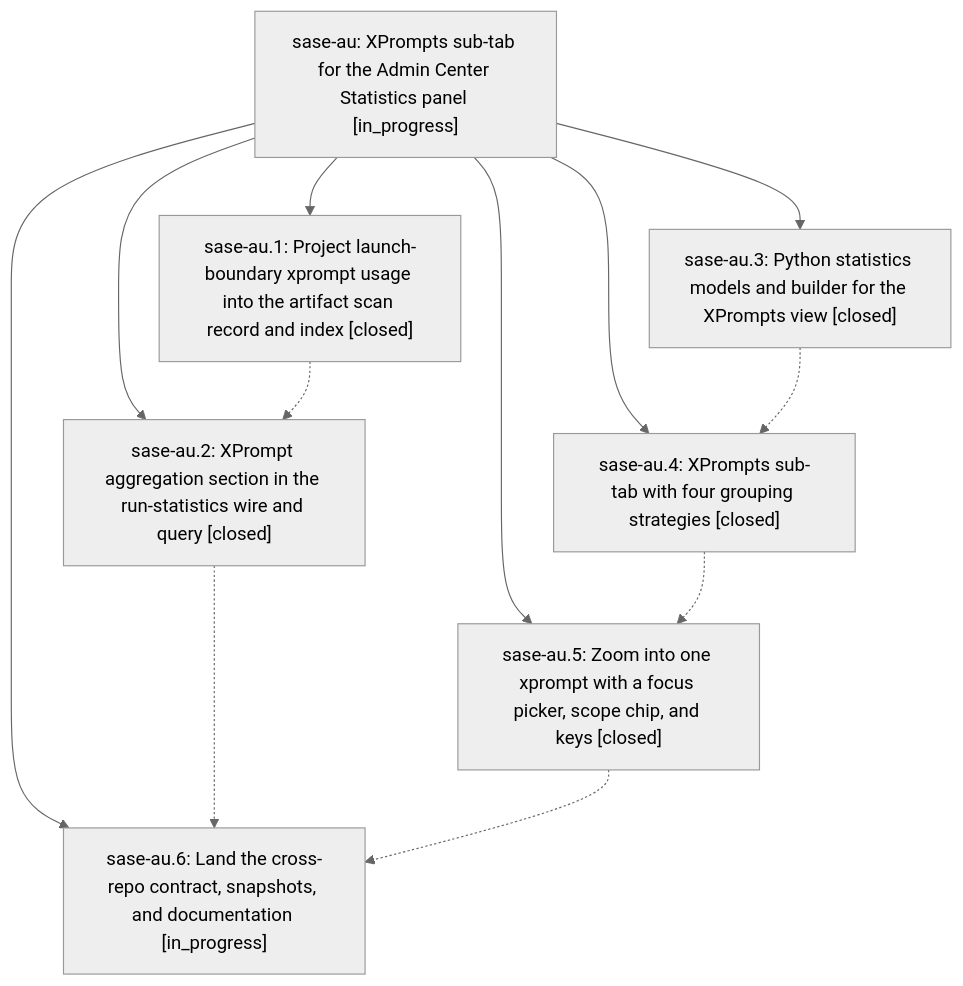
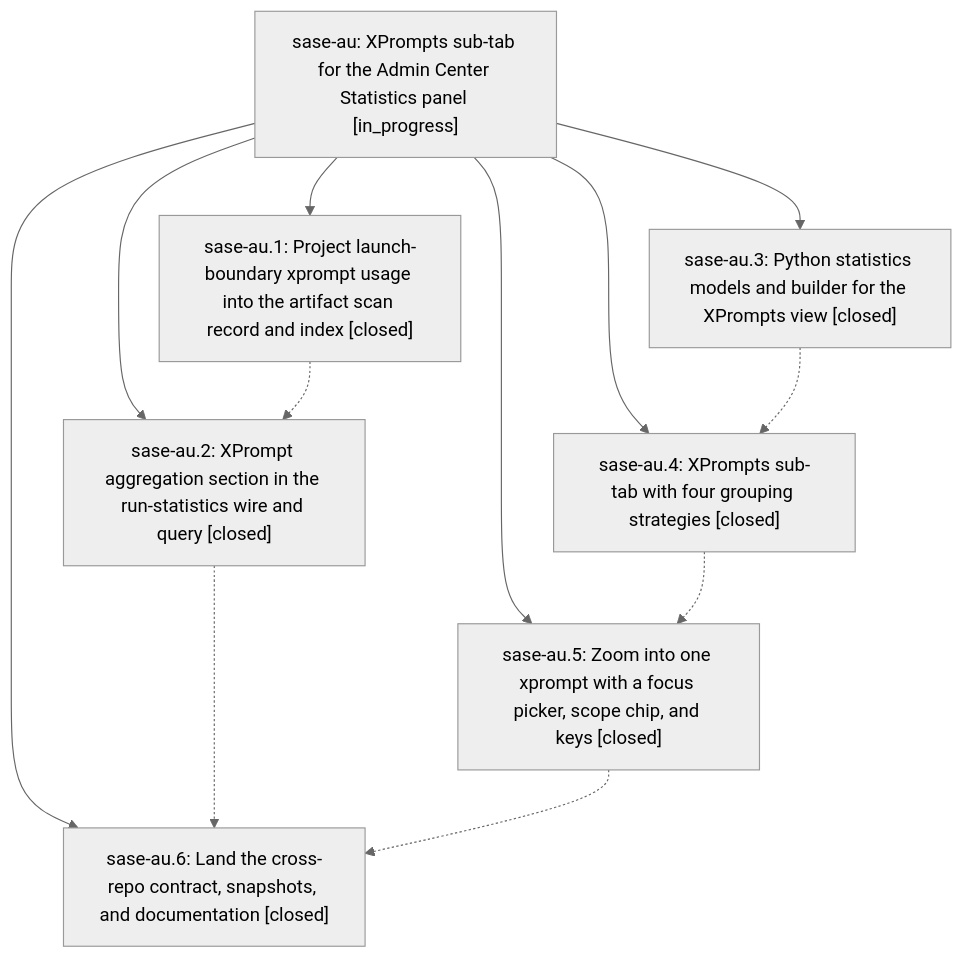
Before and after one commit to sase-org/sase--beads: the diagram in pages/sase-au/README.md, drawn with Mermaid (neutral theme). The commit also changed other lines of this file and 3 other files, not shown here.

````diff
--- a/pages/sase-au/README.md
+++ b/pages/sase-au/README.md
@@ -27,21 +27,21 @@
 ```mermaid
 flowchart TD
     n0["sase-au: XPrompts sub-tab for the Admin Center Statistics panel [in_progress]"]
     n1["sase-au.1: Project launch-boundary xprompt usage into the artifact scan record and index [closed]"]
     n2["sase-au.2: XPrompt aggregation section in the run-statistics wire and query [closed]"]
     n3["sase-au.3: Python statistics models and builder for the XPrompts view [closed]"]
     n4["sase-au.4: XPrompts sub-tab with four grouping strategies [closed]"]
     n5["sase-au.5: Zoom into one xprompt with a focus picker, scope chip, and keys [closed]"]
-    n6["sase-au.6: Land the cross-repo contract, snapshots, and documentation [in_progress]"]
+    n6["sase-au.6: Land the cross-repo contract, snapshots, and documentation [closed]"]
     n0 --> n1
     n0 --> n2
     n0 --> n3
     n0 --> n4
     n0 --> n5
     n0 --> n6
     n1 -.-> n2
     n2 -.-> n6
     n3 -.-> n4
     n4 -.-> n5
     n5 -.-> n6
 ```
````
